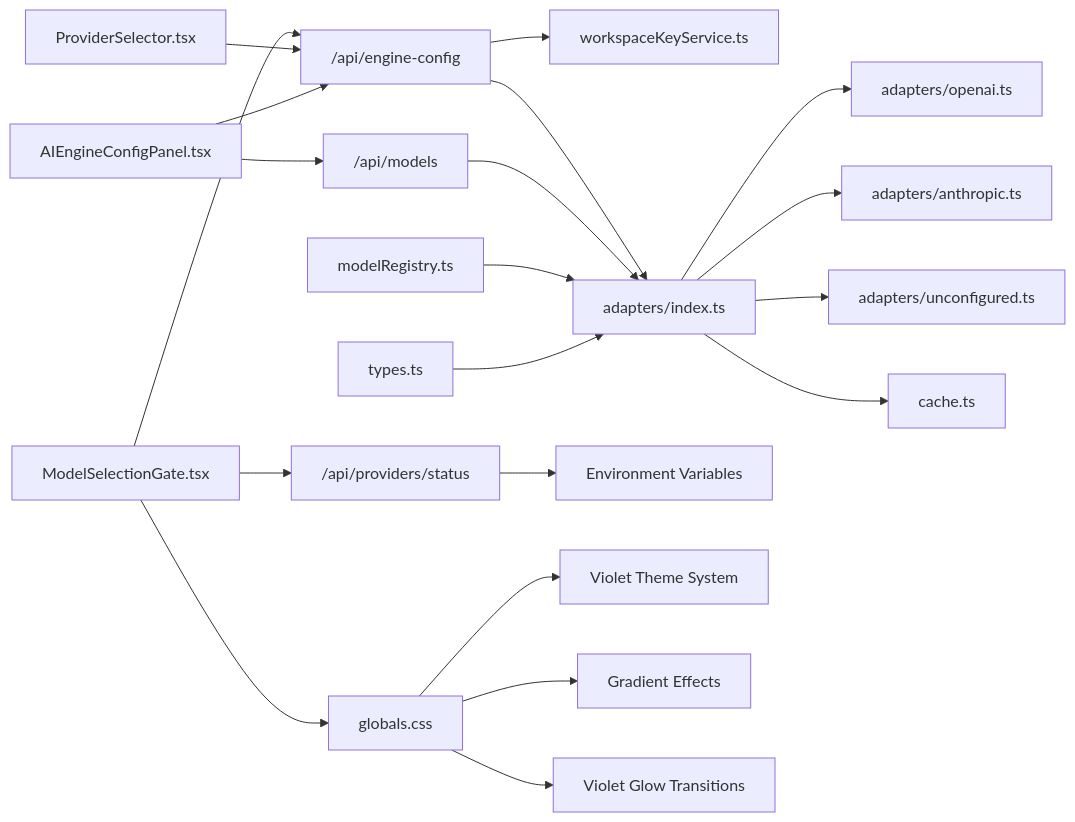
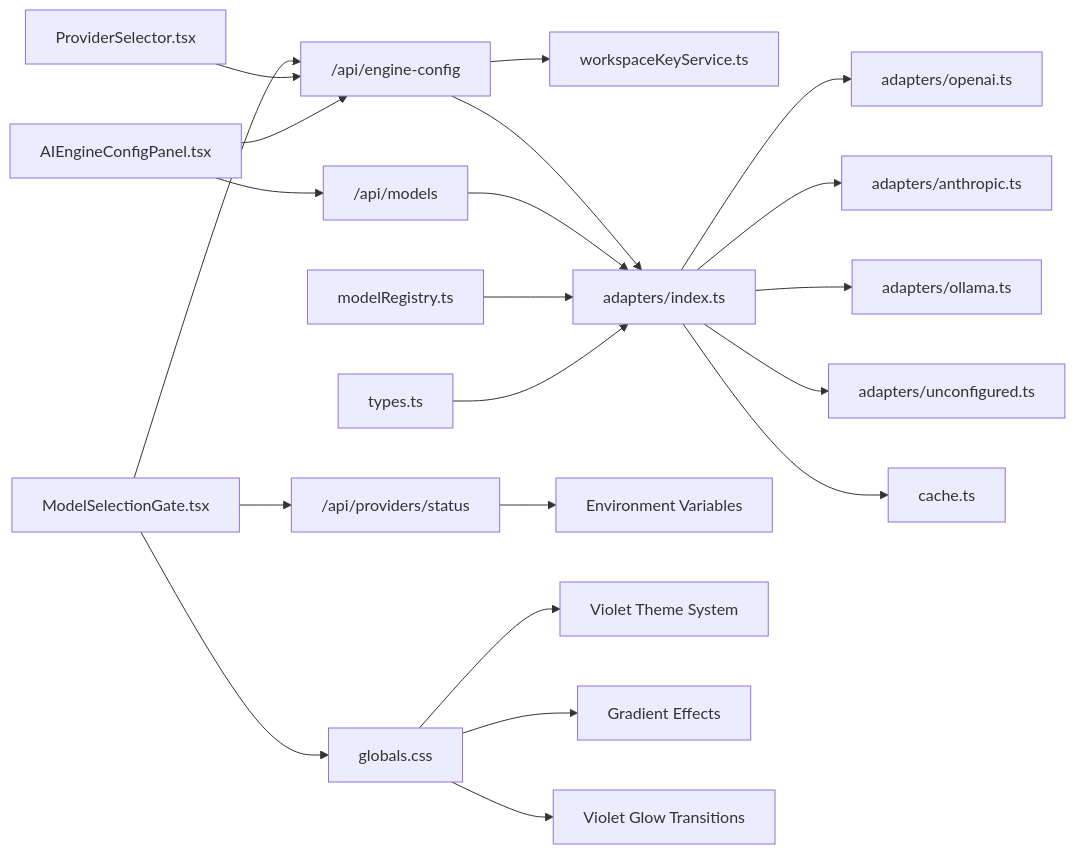
Diagram 12 of 12 in .qoder/repowiki/en/content/AI Generation Engine/Model Configuration & Selection/Model Configuration & Selection.md (shekhargiri005-dotcom/AI-powered-accessibility-first-UI-engine), drawn with Mermaid before and after one commit. The commit also changed other lines of this file and 9 other files, not shown here.

````diff
--- a/.qoder/repowiki/en/content/AI Generation Engine/Model Configuration & Selection/Model Configuration & Selection.md
+++ b/.qoder/repowiki/en/content/AI Generation Engine/Model Configuration & Selection/Model Configuration & Selection.md
@@ -596,22 +599,23 @@
 ```mermaid
 graph LR
 MSG["ModelSelectionGate.tsx"] --> PSAPI["/api/providers/status"]
 MSG --> EC["/api/engine-config"]
 MSG --> CSS["globals.css"]
 PS["ProviderSelector.tsx"] --> EC
 UI["AIEngineConfigPanel.tsx"] --> EC
 UI --> AM["/api/models"]
 EC --> WS["workspaceKeyService.ts"]
 EC --> IDX["adapters/index.ts"]
 AM --> IDX
 IDX --> OA["adapters/openai.ts"]
 IDX --> AA["adapters/anthropic.ts"]
+IDX --> OL["adapters/ollama.ts"]
 IDX --> UA["adapters/unconfigured.ts"]
 IDX --> CA["cache.ts"]
 MR["modelRegistry.ts"] --> IDX
 TY["types.ts"] --> IDX
 PSAPI --> ENV["Environment Variables"]
 CSS --> THEME["Violet Theme System"]
 CSS --> GRADIENTS["Gradient Effects"]
 CSS --> GLOW["Violet Glow Transitions"]
 ```
````
